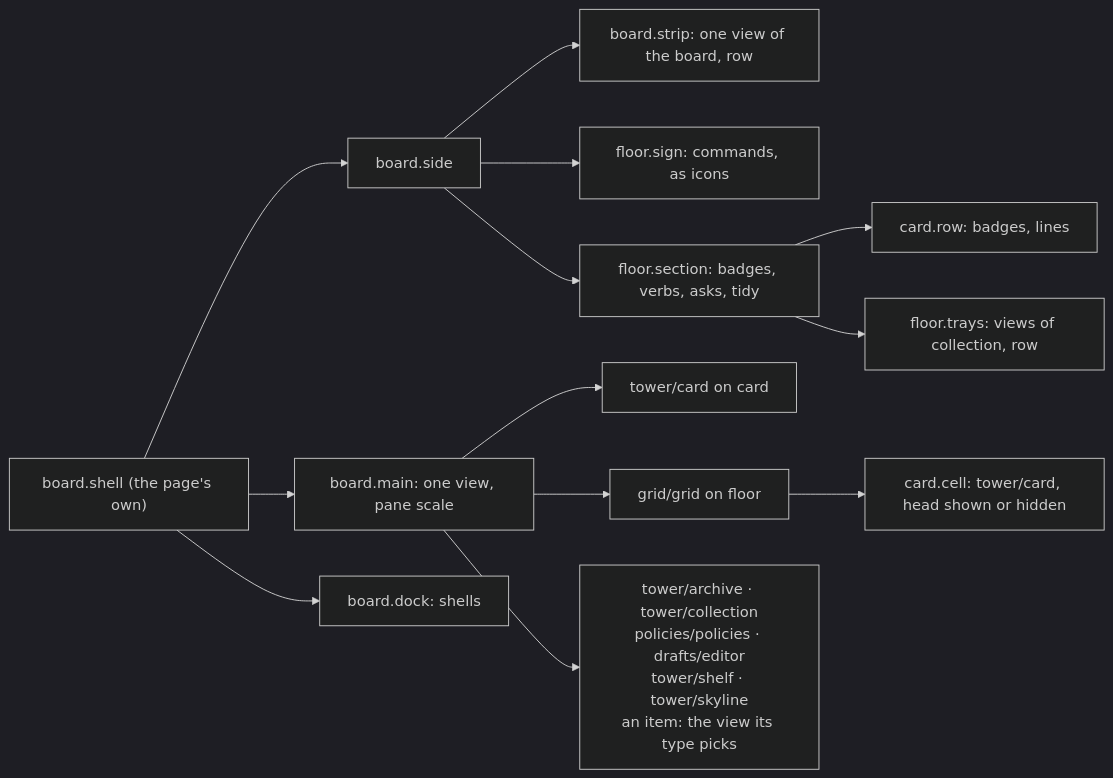
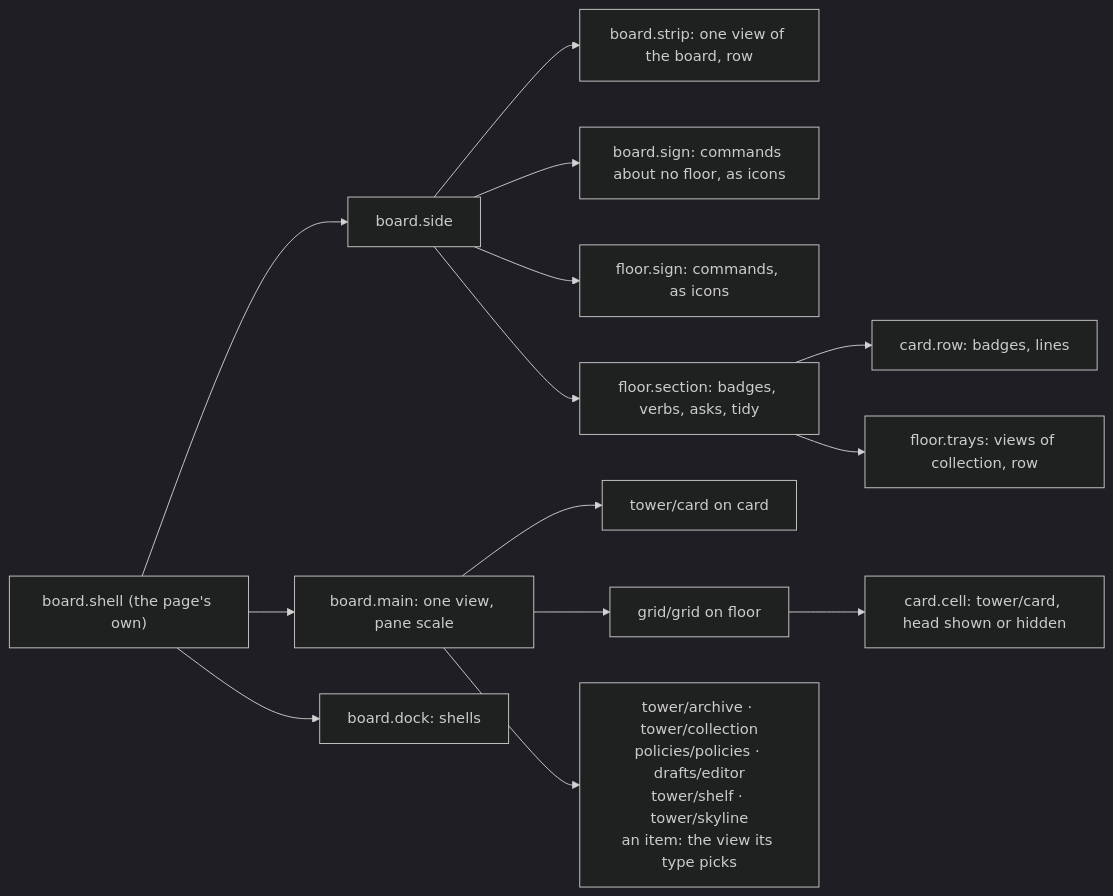
One commit to RegiByte/the-tower changed the second of 6 diagrams in kb/entities/decisions/ui-model.md. Above: the diagram before and after it, drawn with Mermaid (dark theme). The commit also changed 1 other file, not shown here.

Commit message:
kb: extensions and ui-model name board.sign beside floor.sign
Carries #391.

````diff
--- a/kb/entities/decisions/ui-model.md
+++ b/kb/entities/decisions/ui-model.md
@@ -326,15 +326,16 @@
 ```mermaid
 flowchart LR
   board["board.shell (the page's own)"] --> side["board.side"]
   board --> main["board.main: one view, pane scale"]
   board --> dock["board.dock: shells"]
   side --> strip["board.strip: one view of the board, row"]
+  side --> bsign["board.sign: commands about no floor, as icons"]
   side --> sign["floor.sign: commands, as icons"]
   side --> fsec["floor.section: badges, verbs, asks, tidy"]
   fsec --> row["card.row: badges, lines"]
   fsec --> trays["floor.trays: views of collection, row"]
   main --> card["tower/card on card"]
   main --> grid["grid/grid on floor"]
   main --> others["tower/archive · tower/collection<br/>policies/policies · drafts/editor<br/>tower/shelf · tower/skyline<br/>an item: the view its type picks"]
   grid --> cell["card.cell: tower/card, head shown or hidden"]
 ```
````
